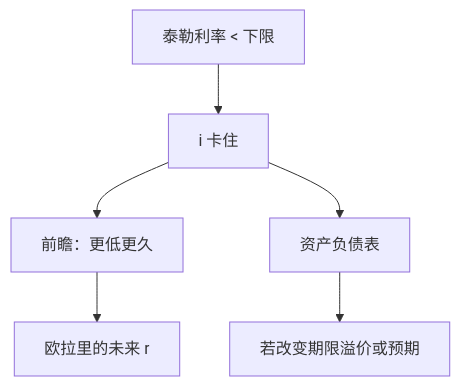
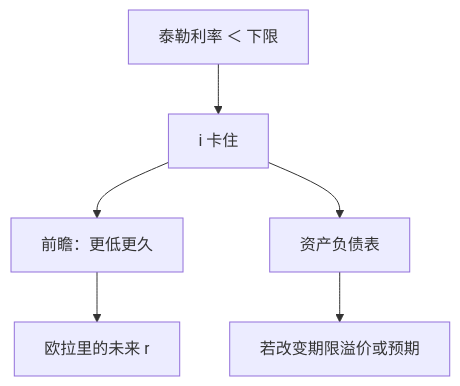
The diagram in docs/econ/zlb-unconventional.md (xhongduo-tech/xhongduo-tech.github.io), drawn with Mermaid before and after one commit. The commit also changed 772 other files, not shown here.

````diff
--- a/docs/econ/zlb-unconventional.md
+++ b/docs/econ/zlb-unconventional.md
@@ -28,8 +28,8 @@
 ```mermaid
 flowchart TD
-  TAY["泰勒利率 < 下限"] --> ELB["i 卡住"]
+  TAY["泰勒利率 ＜ 下限"] --> ELB["i 卡住"]
   ELB --> FG["前瞻：更低更久"]
   ELB --> QE["资产负债表"]
   FG --> EU["欧拉里的未来 r"]
   QE --> EXP["若改变期限溢价或预期"]
 ```
````
